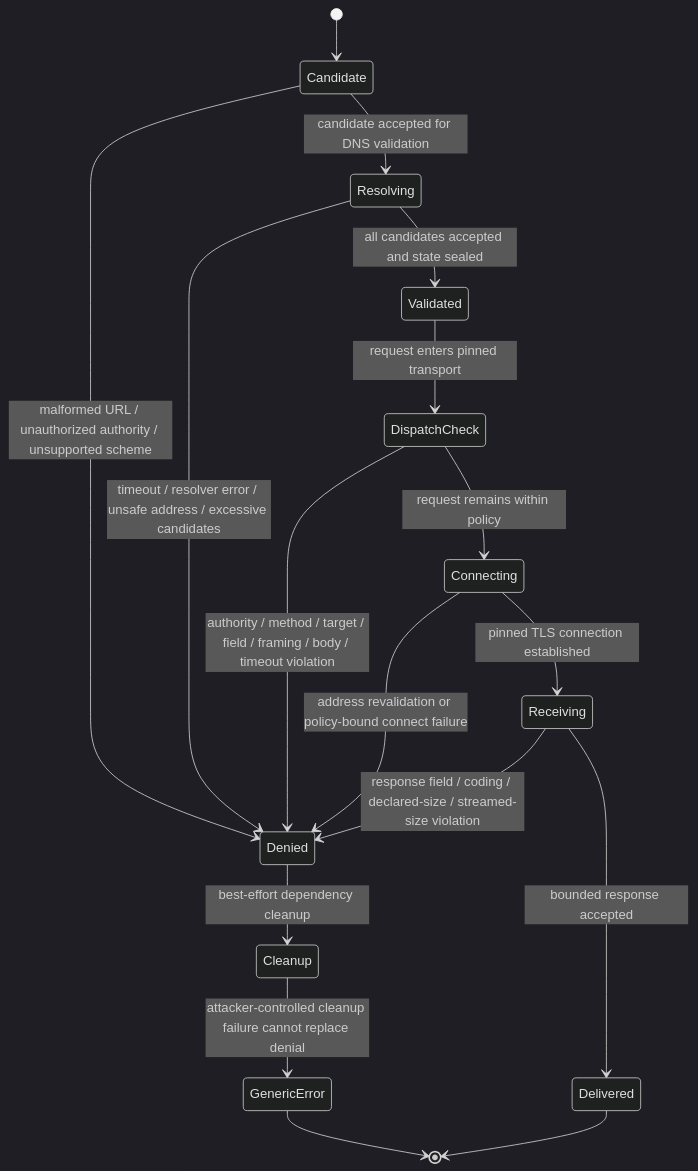
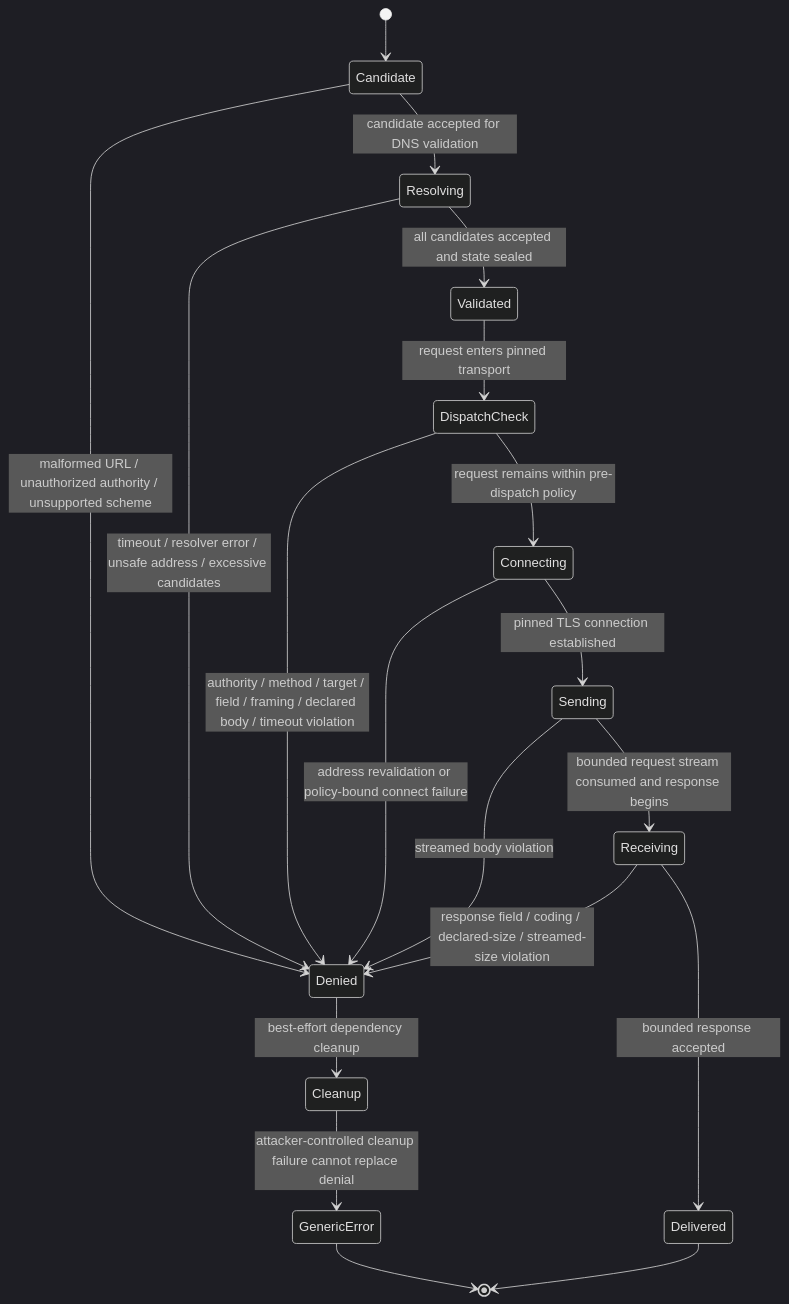
Before and after one commit to ContextualWisdomLab/EgressWeave: the third of 8 diagrams in docs/architecture/UML.md, drawn with Mermaid (dark theme). The commit also changed other lines of this file, not shown here.

Commit message:
docs: align UML with streamed request timing

````diff
--- a/docs/architecture/UML.md
+++ b/docs/architecture/UML.md
@@ -109,19 +110,21 @@
 ```mermaid
 stateDiagram-v2
     [*] --> Candidate
     Candidate --> Denied: malformed URL / unauthorized authority / unsupported scheme
     Candidate --> Resolving: candidate accepted for DNS validation
     Resolving --> Denied: timeout / resolver error / unsafe address / excessive candidates
     Resolving --> Validated: all candidates accepted and state sealed
     Validated --> DispatchCheck: request enters pinned transport
-    DispatchCheck --> Denied: authority / method / target / field / framing / body / timeout violation
-    DispatchCheck --> Connecting: request remains within policy
+    DispatchCheck --> Denied: authority / method / target / field / framing / declared body / timeout violation
+    DispatchCheck --> Connecting: request remains within pre-dispatch policy
     Connecting --> Denied: address revalidation or policy-bound connect failure
-    Connecting --> Receiving: pinned TLS connection established
+    Connecting --> Sending: pinned TLS connection established
+    Sending --> Denied: streamed body violation
+    Sending --> Receiving: bounded request stream consumed and response begins
     Receiving --> Denied: response field / coding / declared-size / streamed-size violation
     Receiving --> Delivered: bounded response accepted
     Denied --> Cleanup: best-effort dependency cleanup
     Cleanup --> GenericError: attacker-controlled cleanup failure cannot replace denial
     GenericError --> [*]
     Delivered --> [*]
 ```
````
